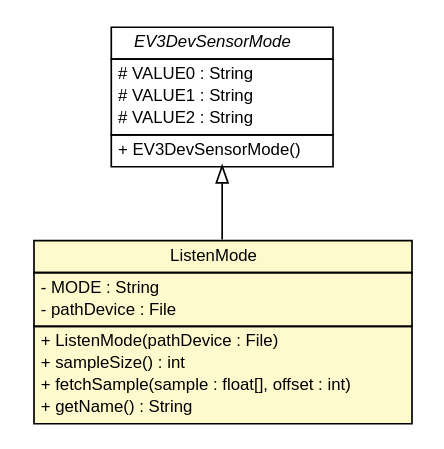
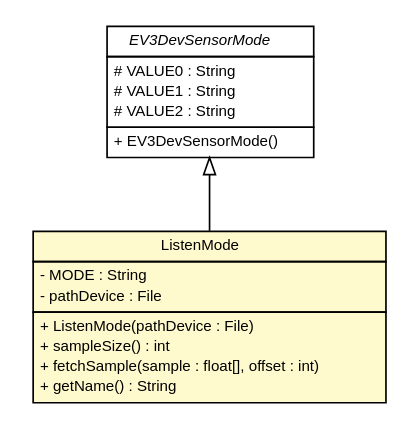
One commit to ev3dev-lang-java/ev3dev-lang-java changed the diagram in docs/api/ev3dev/hardware/sensors/ev3/EV3UltrasonicSensor.ListenMode.dot. Above: the diagram before and after it, drawn with Graphviz. The commit also changed 413 other files, not shown here.

```diff
--- a/docs/api/ev3dev/hardware/sensors/ev3/EV3UltrasonicSensor.ListenMode.dot
+++ b/docs/api/ev3dev/hardware/sensors/ev3/EV3UltrasonicSensor.ListenMode.dot
@@ -1,44 +1,44 @@
 #!/usr/local/bin/dot
 #
 # Class diagram 
 # Generated by UMLGraph version R5_6-24-gf6e263 (http://www.umlgraph.org/)
 #
 
 digraph G {
 	edge [fontname="Helvetica",fontsize=10,labelfontname="Helvetica",labelfontsize=10];
 	node [fontname="Helvetica",fontsize=10,shape=plaintext];
 	nodesep=0.25;
 	ranksep=0.5;
 	// ev3dev.hardware.sensors.ev3.EV3DevSensorMode
-	c4140 [label=<<table title="ev3dev.hardware.sensors.ev3.EV3DevSensorMode" border="0" cellborder="1" cellspacing="0" cellpadding="2" port="p" href="./EV3DevSensorMode.html">
+	c4144 [label=<<table title="ev3dev.hardware.sensors.ev3.EV3DevSensorMode" border="0" cellborder="1" cellspacing="0" cellpadding="2" port="p" href="./EV3DevSensorMode.html">
 		<tr><td><table border="0" cellspacing="0" cellpadding="1">
 <tr><td align="center" balign="center"><font face="Helvetica-Oblique"> EV3DevSensorMode </font></td></tr>
 		</table></td></tr>
 		<tr><td><table border="0" cellspacing="0" cellpadding="1">
 <tr><td align="left" balign="left"> # VALUE0 : String </td></tr>
 <tr><td align="left" balign="left"> # VALUE1 : String </td></tr>
 <tr><td align="left" balign="left"> # VALUE2 : String </td></tr>
 		</table></td></tr>
 		<tr><td><table border="0" cellspacing="0" cellpadding="1">
 <tr><td align="left" balign="left"> + EV3DevSensorMode() </td></tr>
 		</table></td></tr>
-		</table>>, URL="./EV3DevSensorMode.html", fontname="Helvetica", fontcolor="black", fontsize=10.0];
+		</table>>, URL="./EV3DevSensorMode.html", fontname="Helvetica", fontcolor="black", fontsize=9.0];
 	// ev3dev.hardware.sensors.ev3.EV3UltrasonicSensor.ListenMode
-	c4151 [label=<<table title="ev3dev.hardware.sensors.ev3.EV3UltrasonicSensor.ListenMode" border="0" cellborder="1" cellspacing="0" cellpadding="2" port="p" bgcolor="lemonChiffon" href="./EV3UltrasonicSensor.ListenMode.html">
+	c4155 [label=<<table title="ev3dev.hardware.sensors.ev3.EV3UltrasonicSensor.ListenMode" border="0" cellborder="1" cellspacing="0" cellpadding="2" port="p" bgcolor="lemonChiffon" href="./EV3UltrasonicSensor.ListenMode.html">
 		<tr><td><table border="0" cellspacing="0" cellpadding="1">
 <tr><td align="center" balign="center"> ListenMode </td></tr>
 		</table></td></tr>
 		<tr><td><table border="0" cellspacing="0" cellpadding="1">
 <tr><td align="left" balign="left"> - MODE : String </td></tr>
 <tr><td align="left" balign="left"> - pathDevice : File </td></tr>
 		</table></td></tr>
 		<tr><td><table border="0" cellspacing="0" cellpadding="1">
 <tr><td align="left" balign="left"> + ListenMode(pathDevice : File) </td></tr>
 <tr><td align="left" balign="left"> + sampleSize() : int </td></tr>
 <tr><td align="left" balign="left"> + fetchSample(sample : float[], offset : int) </td></tr>
 <tr><td align="left" balign="left"> + getName() : String </td></tr>
 		</table></td></tr>
-		</table>>, URL="./EV3UltrasonicSensor.ListenMode.html", fontname="Helvetica", fontcolor="black", fontsize=10.0];
+		</table>>, URL="./EV3UltrasonicSensor.ListenMode.html", fontname="Helvetica", fontcolor="black", fontsize=9.0];
 	//ev3dev.hardware.sensors.ev3.EV3UltrasonicSensor.ListenMode extends ev3dev.hardware.sensors.ev3.EV3DevSensorMode
-	c4140:p -> c4151:p [dir=back,arrowtail=empty];
+	c4144:p -> c4155:p [dir=back,arrowtail=empty];
 }
```
